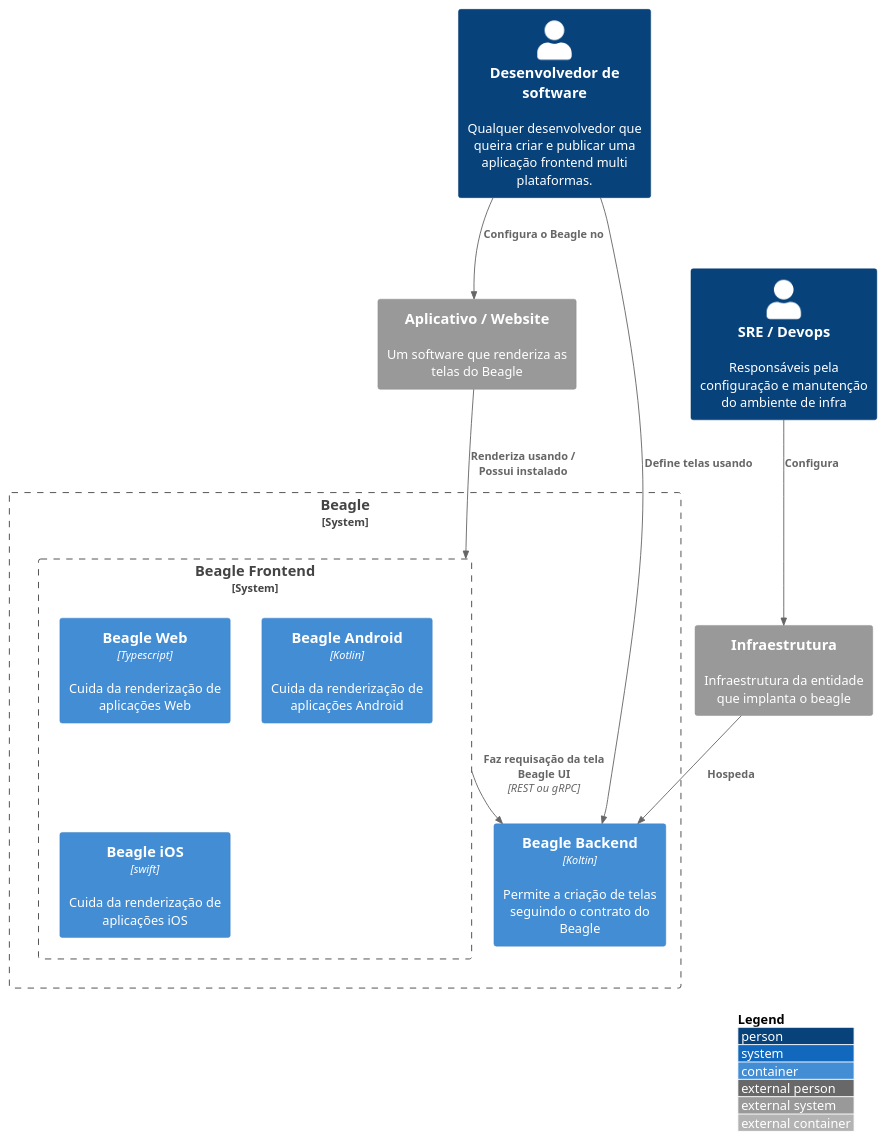
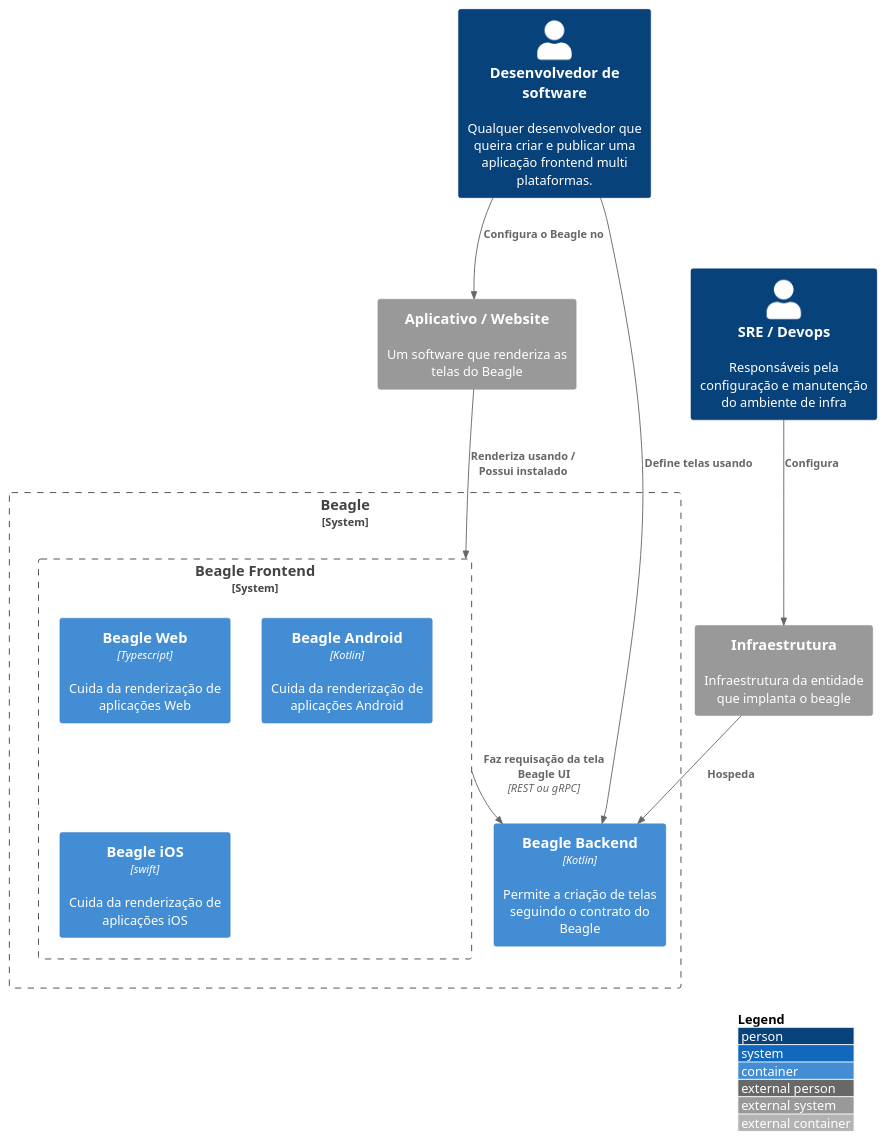
Before and after one commit to ZupIT/beagle-c4model: the diagram in pt-br/src/C2 - Container/c2.puml, drawn with PlantUML. The commit also changed 7 other files, not shown here.

```diff
--- a/pt-br/src/C2 - Container/c2.puml
+++ b/pt-br/src/C2 - Container/c2.puml
@@ -1,29 +1,29 @@
 @startuml container
 !include https://raw.githubusercontent.com/adrianvlupu/C4-PlantUML/latest/C4_Container.puml
 
 LAYOUT_WITH_LEGEND()
 
 Person(software_developer, "Desenvolvedor de software", "Qualquer desenvolvedor que queira criar e publicar uma aplicação frontend multi plataformas.")
 System_Boundary(beagle, "Beagle"){
   
-  Container(beagle_backend, "Beagle Backend", "Koltin", "Permite a criação de telas seguindo o contrato do Beagle")
+  Container(beagle_backend, "Beagle Backend", "Kotlin", "Permite a criação de telas seguindo o contrato do Beagle")
 
   System_Boundary(beagle_frontend, "Beagle Frontend") {
       
     Container(beagle_web_core, "Beagle Web", "Typescript", "Cuida da renderização de aplicações Web")
       Container(beagle_android, "Beagle Android", "Kotlin", "Cuida da renderização de aplicações Android")
       Container(beagle_ios, "Beagle iOS", "swift", "Cuida da renderização de aplicações iOS")
   }
 }
 System_Ext(frontend_app, "Aplicativo / Website", "Um software que renderiza as telas do Beagle")
 System_Ext(infra, "Infraestrutura", "Infraestrutura da entidade que implanta o beagle")
 Person(sre, "SRE / Devops", "Responsáveis pela configuração e manutenção do ambiente de infra")
 
 Rel(software_developer, beagle_backend, "Define telas usando")
 Rel(frontend_app, beagle_frontend, "Renderiza usando / Possui instalado")
 Rel(beagle_frontend, beagle_backend, "Faz requisação da tela Beagle UI","REST ou gRPC")
 Rel(infra, beagle_backend, "Hospeda")
 Rel(sre, infra, "Configura")
 Rel(software_developer, frontend_app, "Configura o Beagle no")
 
 @enduml
```
